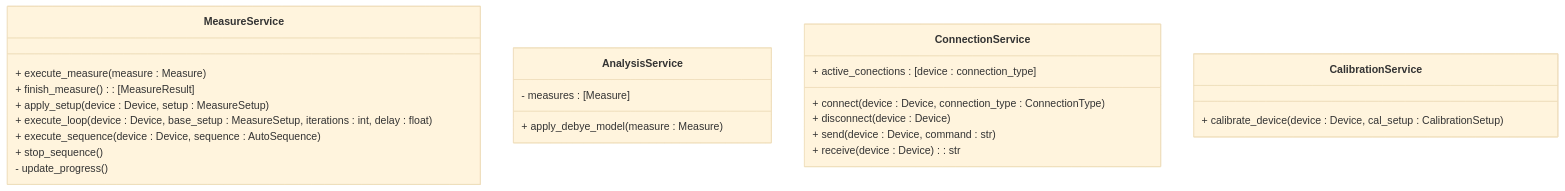
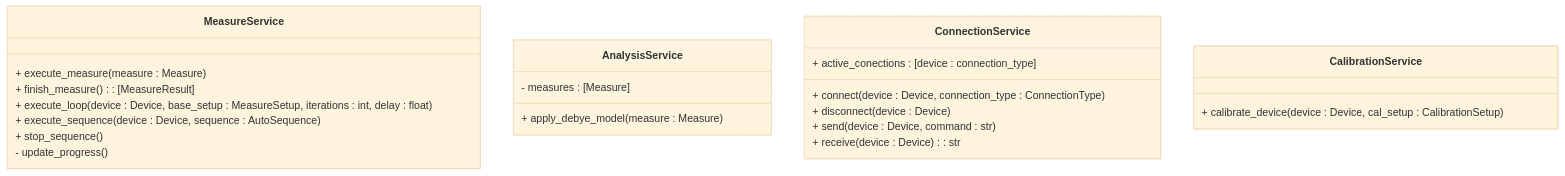
One commit to alegrelias/Repo-GMini changed the eighth of 16 diagrams in Gmini-MarkDown/Diagramas/Diagramas de Clases.md. Above: the diagram before and after it, drawn with Mermaid (base theme). The commit also changed other lines of this file, not shown here.

Commit message:
Quitado el metodo aply_setup de los diagramas de clases

````diff
--- a/Gmini-MarkDown/Diagramas/Diagramas de Clases.md
+++ b/Gmini-MarkDown/Diagramas/Diagramas de Clases.md
@@ -779,30 +778,29 @@
 ```mermaid
 classDiagram
 %% mediciones, analisis y conexion
 class MeasureService{
 	+ execute_measure(measure : Measure)
 	+ finish_measure() : [MeasureResult]
-	+ apply_setup(device : Device, setup : MeasureSetup)
 	+ execute_loop(device : Device, base_setup : MeasureSetup, iterations : int, delay : float)
 	+ execute_sequence(device : Device, sequence : AutoSequence)
 	+ stop_sequence()
 	- update_progress()
 }
 
 class AnalysisService{
 	- measures : [Measure]
 	+ apply_debye_model(measure : Measure)
 }
 
 class ConnectionService{
 	+ active_conections : [device : connection_type]
 	+ connect(device : Device, connection_type : ConnectionType)
 	+ disconnect(device : Device)
 	+ send(device : Device, command : str)
 	+ receive(device : Device) : str
 }
 
 class CalibrationService{
 	+ calibrate_device(device : Device, cal_setup : CalibrationSetup)
 }
 ```
````
